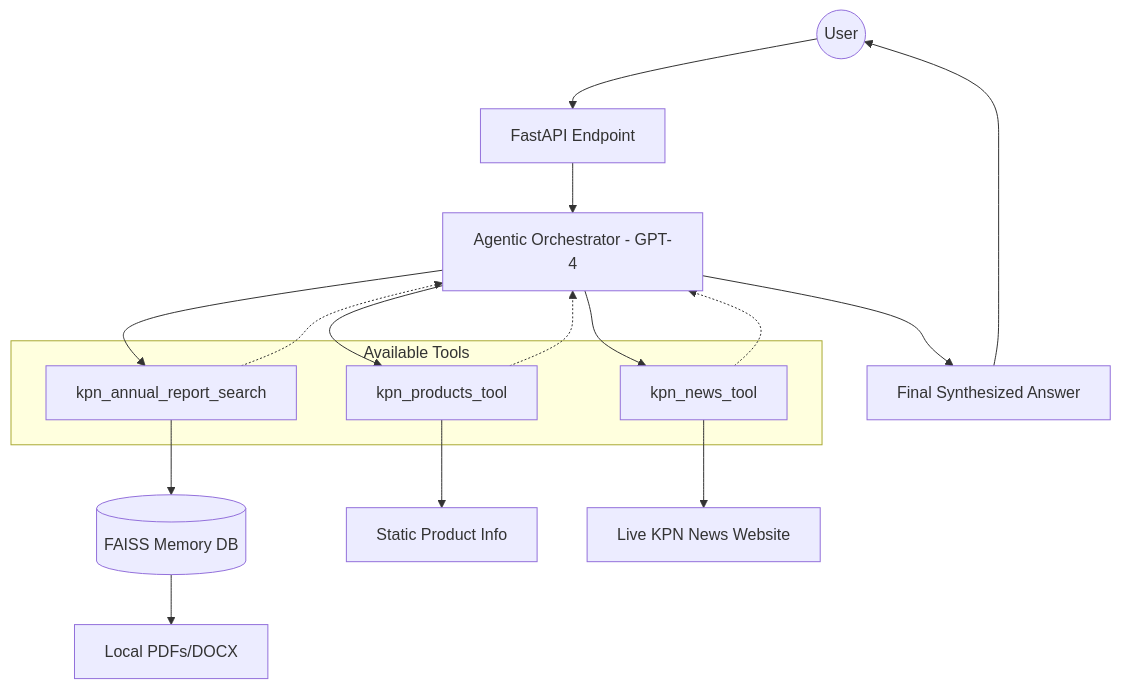
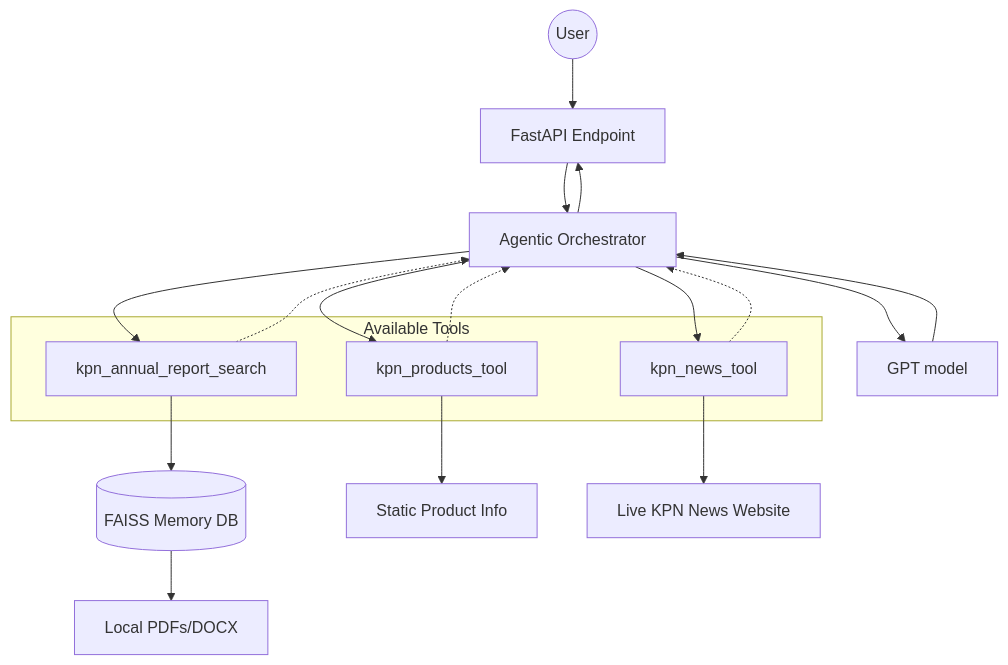
One commit to AbeerAlkhouri/kpn_genAI changed the diagram in README.md. Above: the diagram before and after it, drawn with Mermaid.

Commit message:
create genAI project

````diff
--- a/README.md
+++ b/README.md
@@ -9,29 +9,31 @@
 ```mermaid
 graph TD
     User((User)) --> API[FastAPI Endpoint]
-    API --> Agent[Agentic Orchestrator - GPT-4]
+    API --> Agent[Agentic Orchestrator]
     
     subgraph Tools ["Available Tools"]
         T1[kpn_annual_report_search]
         T2[kpn_products_tool]
         T3[kpn_news_tool]
     end
     
     Agent --> T1
     Agent --> T2
     Agent --> T3
     
     T1 --> VectorStore[(FAISS Memory DB)]
     VectorStore --> Docs[Local PDFs/DOCX]
     
     T2 --> Memory[Static Product Info]
     
     T3 --> Web[Live KPN News Website]
     
     T1 -.-> Agent
     T2 -.-> Agent
     T3 -.-> Agent
     
-    Agent --> Response[Final Synthesized Answer]
-    Response --> User
+    Agent --> GPT[GPT model]
+    GPT --> Agent
+    
+    Agent --> API
 ```
````
